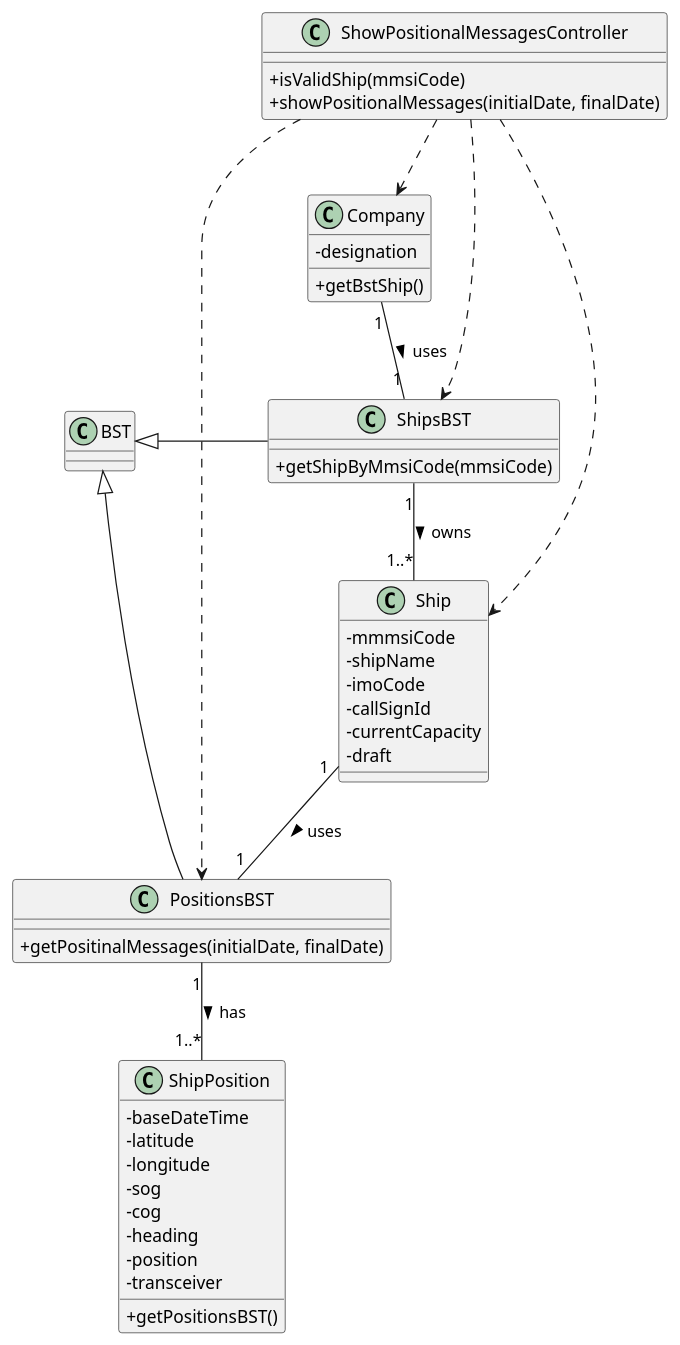
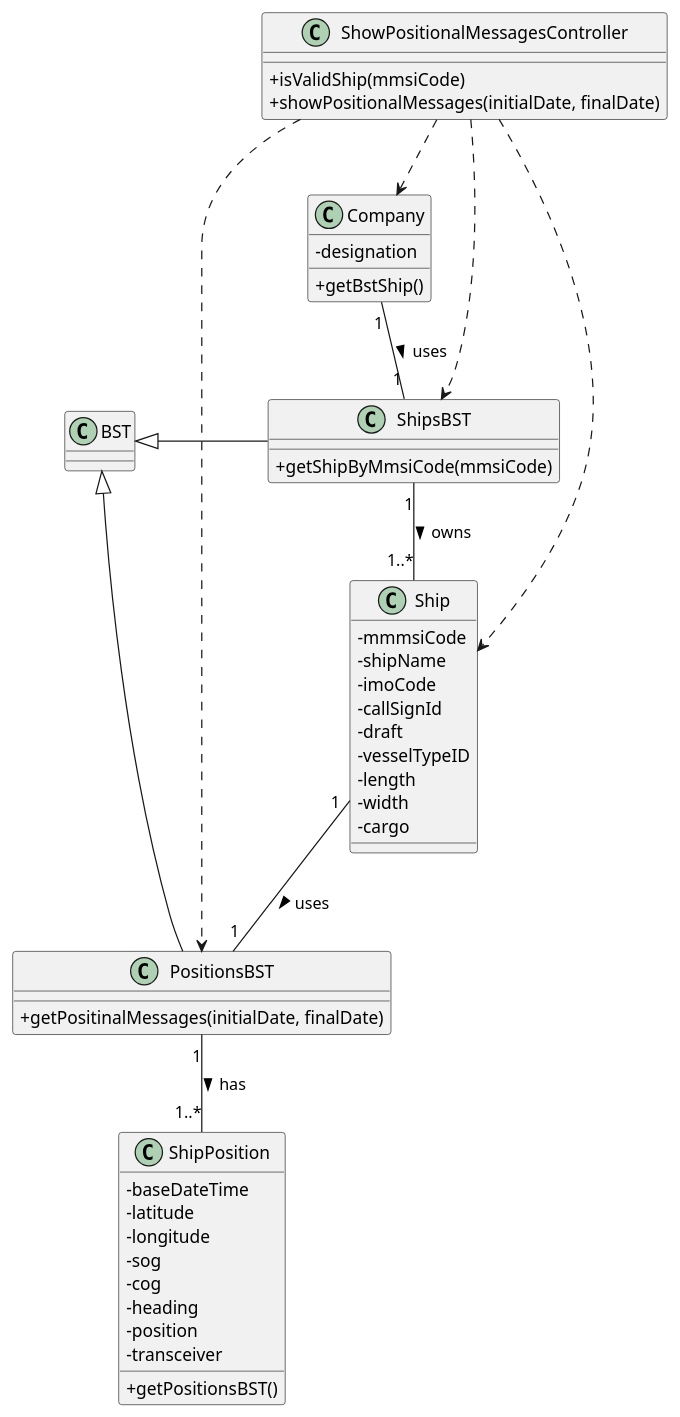
The diagram in docs/US103/US103_CD.puml (ana-albergaria/LAPR3-ISEP), drawn with PlantUML before and after one commit. The commit also changed 6 other files, not shown here.

```diff
--- a/docs/US103/US103_CD.puml
+++ b/docs/US103/US103_CD.puml
@@ -1,64 +1,67 @@
 @startuml
 
 skinparam classAttributeIconSize 0
 
 
 class Ship {
     -mmmsiCode
     -shipName
     -imoCode
     -callSignId
-    -currentCapacity /'added by us'/
     -draft
+    -vesselTypeID
+    -length
+    -width
+    -cargo
 }
 
 class ShipPosition {
     -baseDateTime
     -latitude
     -longitude
     -sog
     -cog
     -heading
     -position
     -transceiver
     +getPositionsBST()
 }
 
 class ShipsBST {
     +getShipByMmsiCode(mmsiCode)
 }
 
 class PositionsBST {
     +getPositinalMessages(initialDate, finalDate)
 }
 
 /'class ShowPositionalMessagesUI {}'/
 
 class ShowPositionalMessagesController {
     +isValidShip(mmsiCode)
     +showPositionalMessages(initialDate, finalDate)
 }
 
 class Company {
     -designation
     +getBstShip()
 }
 
 /'Ship "1" -- "1..*" ShipPosition : has >'/
 /'Company "1" -- "1..*" Ship : owns >'/
 
 Company "1" -- "1" ShipsBST : uses >
 ShipsBST "1" -- "1..*" Ship : owns >
 Ship "1" -- "1" PositionsBST : uses >
 PositionsBST "1" -- "1..*" ShipPosition : has >
 /'ShowPositionalMessagesUI ..> ShowPositionalMessagesController'/
 ShowPositionalMessagesController ..> Company
 ShowPositionalMessagesController ..> ShipsBST
 ShowPositionalMessagesController ..> Ship
 ShowPositionalMessagesController ..> PositionsBST
 
 BST <|- PositionsBST
 BST <|- ShipsBST
 
 
 @enduml
```
